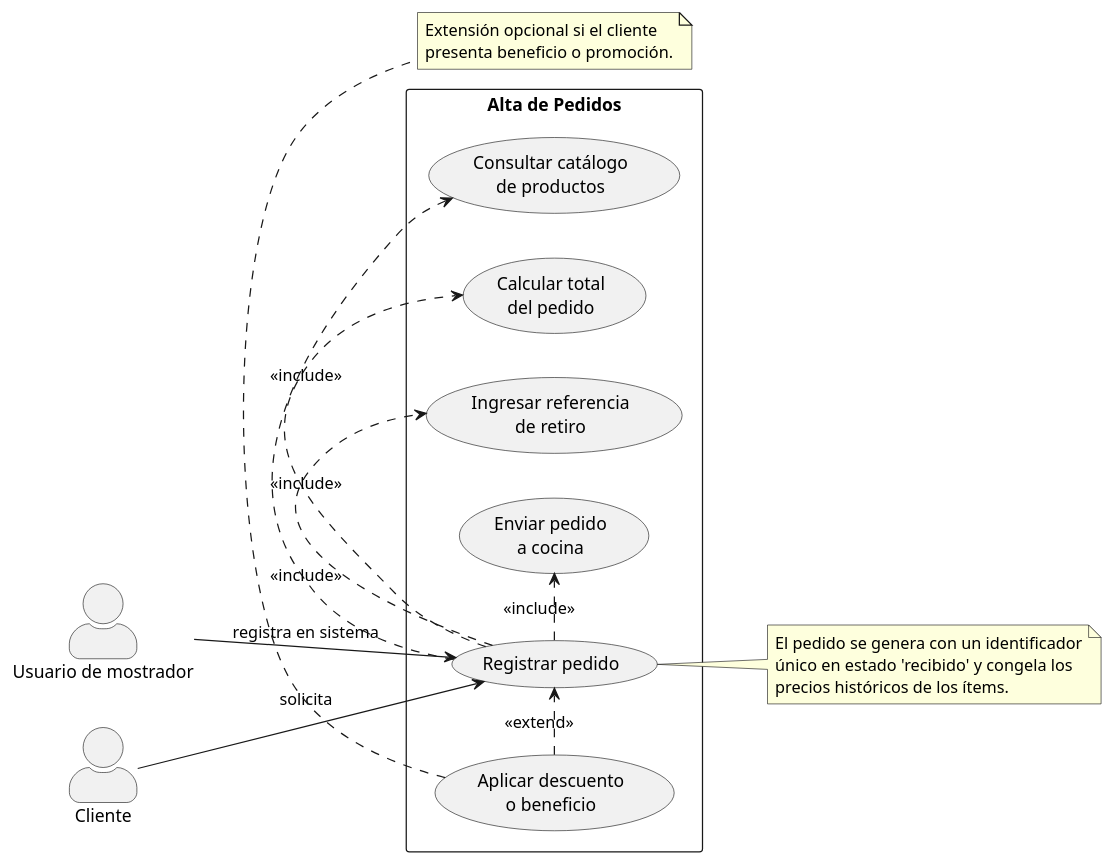
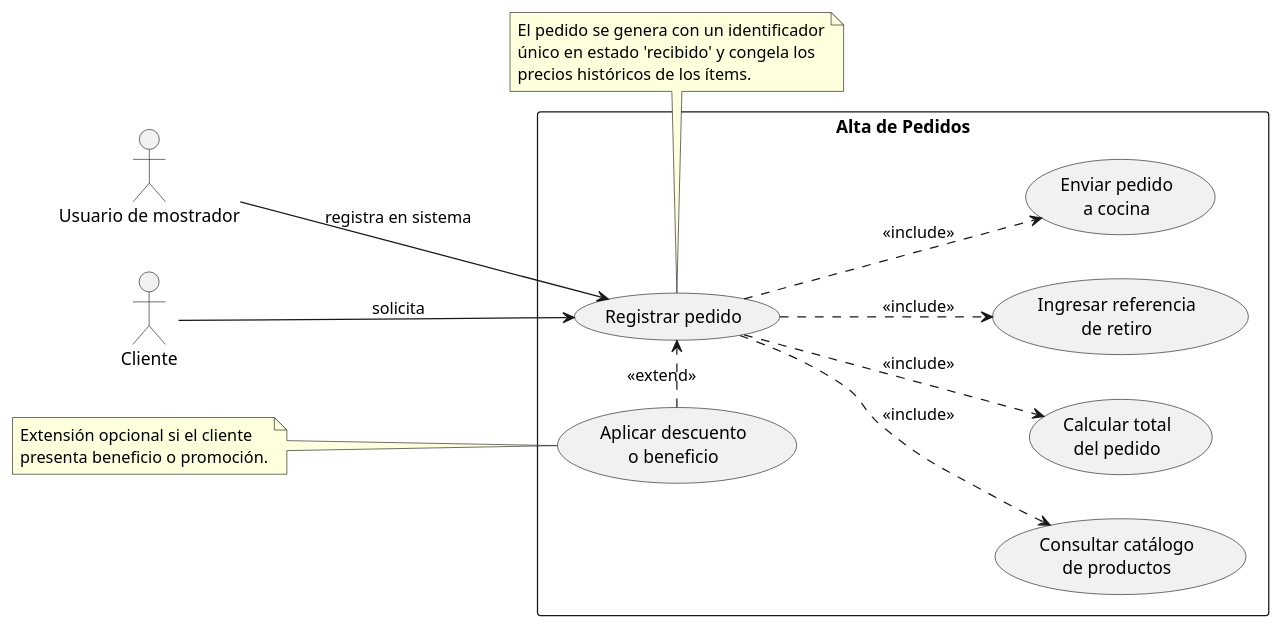
Before and after one commit to cmariano93-netizen/SistemaPedidos: the diagram in diagramas/02-casos-de-uso/02-registrar-pedido.puml, drawn with PlantUML. The commit also changed 13 other files, not shown here.

```diff
--- a/diagramas/02-casos-de-uso/02-registrar-pedido.puml
+++ b/diagramas/02-casos-de-uso/02-registrar-pedido.puml
@@ -1,38 +1,35 @@
 @startuml
 left to right direction
-skinparam packageStyle rectangle
-skinparam shadowing false
-skinparam actorStyle awesome
 
 actor "Usuario de mostrador" as Mostrador
 actor "Cliente" as Cliente
 
 rectangle "Alta de Pedidos" {
   usecase "Registrar pedido" as UC_Registrar
   usecase "Consultar catálogo\nde productos" as UC_Catalogo
   usecase "Calcular total\ndel pedido" as UC_Total
   usecase "Ingresar referencia\nde retiro" as UC_Referencia
   usecase "Enviar pedido\na cocina" as UC_EnviarCocina
   usecase "Aplicar descuento\no beneficio" as UC_Descuento
 }
 
 Cliente --> UC_Registrar : solicita
 Mostrador --> UC_Registrar : registra en sistema
 
-UC_Registrar .> UC_Catalogo : <<include>>
-UC_Registrar .> UC_Total : <<include>>
-UC_Registrar .> UC_Referencia : <<include>>
-UC_Registrar .> UC_EnviarCocina : <<include>>
+UC_Registrar -d.> UC_Catalogo : <<include>>
+UC_Registrar -d.> UC_Total : <<include>>
+UC_Registrar -d.> UC_Referencia : <<include>>
+UC_Registrar -d.> UC_EnviarCocina : <<include>>
 UC_Descuento .> UC_Registrar : <<extend>>
 
-note right of UC_Registrar
+note bottom of UC_Registrar
   El pedido se genera con un identificador
   único en estado 'recibido' y congela los
   precios históricos de los ítems.
 end note
 
-note bottom of UC_Descuento
+note left of UC_Descuento
   Extensión opcional si el cliente
   presenta beneficio o promoción.
 end note
 @enduml
```
